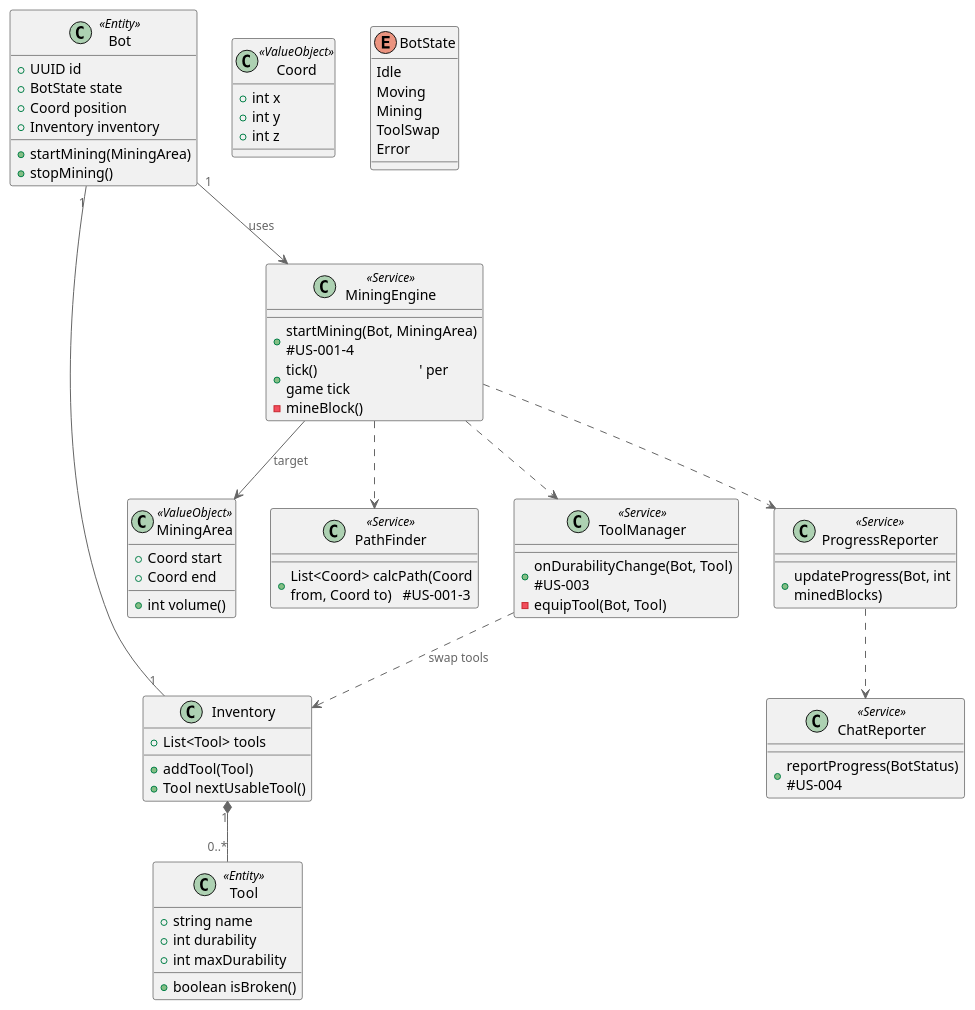
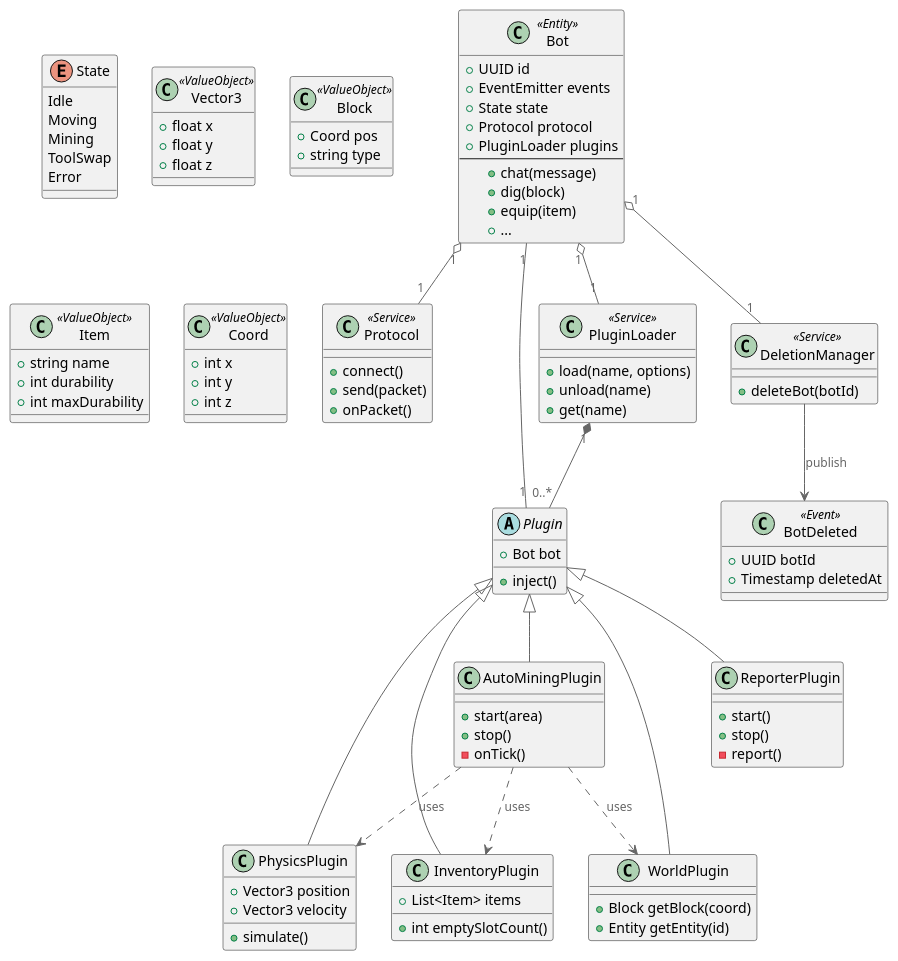
Before and after one commit to u-keiya/Tsuruhashi: the diagram in docs/03_design/diagrams/class/botcore.puml, drawn with PlantUML. The commit also changed 11 other files, not shown here.

```diff
--- a/docs/03_design/diagrams/class/botcore.puml
+++ b/docs/03_design/diagrams/class/botcore.puml
@@ -1,97 +1,137 @@
-@startuml BotCore-Classes
+@startuml BotCore-Classes-Revised
 ' =============================================================
-' Bot Core Domain Class Diagram
+' Bot Core Domain Class Diagram (Plugin Architecture)
 ' USDM: #US-001 #US-002 #US-003 #US-004
 ' =============================================================
 
 !include https://raw.githubusercontent.com/plantuml-stdlib/C4-PlantUML/master/C4_Context.puml
-' ↑ 便宜上 C4 stereotypes を再利用（Entity / ValueObject / Service 等）
 
 '---------------------------
-' Value Objects
+' Core API & Infrastructure
 '---------------------------
-class MiningArea <<ValueObject>> {
-  +Coord start
-  +Coord end
-  +int volume()
+class Bot <<Entity>> {
+  +UUID id
+  +EventEmitter events
+  +State state
+  +Protocol protocol
+  +PluginLoader plugins
+  --
+  +chat(message)
+  +dig(block)
+  +equip(item)
+  +...
+}
+
+class Protocol <<Service>> {
+  +connect()
+  +send(packet)
+  +onPacket()
+}
+
+class PluginLoader <<Service>> {
+  +load(name, options)
+  +unload(name)
+  +get(name)
+}
+
+abstract class Plugin {
+  +Bot bot
+  +inject()
+}
+
+'---------------------------
+' Core Plugins
+'---------------------------
+class PhysicsPlugin extends Plugin {
+  +Vector3 position
+  +Vector3 velocity
+  +simulate()
+}
+
+class WorldPlugin extends Plugin {
+  +Block getBlock(coord)
+  +Entity getEntity(id)
+}
+
+class InventoryPlugin extends Plugin {
+  +List<Item> items
+  +int emptySlotCount()
+}
+
+'---------------------------
+' Behavior Plugins
+'---------------------------
+class AutoMiningPlugin extends Plugin {
+  +start(area)
+  +stop()
+  -onTick()
+}
+
+class ReporterPlugin extends Plugin {
+  +start()
+  +stop()
+  -report()
+}
+
+'---------------------------
+' Enumerations / Value Objects
+'---------------------------
+enum State {
+  Idle
+  Moving
+  Mining
+  ToolSwap
+  Error
+}
+
+class Vector3 <<ValueObject>> {
+  +float x
+  +float y
+  +float z
+}
+
+class Block <<ValueObject>> {
+  +Coord pos
+  +string type
+}
+
+class Item <<ValueObject>> {
+  +string name
+  +int durability
+  +int maxDurability
 }
 
 class Coord <<ValueObject>> {
   +int x
   +int y
   +int z
 }
 
 '---------------------------
-' Entities
+' Associations
 '---------------------------
-class Bot <<Entity>> {
-  +UUID id
-  +BotState state
-  +Coord position
-  +Inventory inventory
-  +startMining(MiningArea)
-  +stopMining()
+Bot "1" o-- "1" Protocol
+Bot "1" o-- "1" PluginLoader
+PluginLoader "1" *-- "0..*" Plugin
+Plugin "1" -- "1" Bot
+
+AutoMiningPlugin ..> WorldPlugin : uses
+AutoMiningPlugin ..> PhysicsPlugin : uses
+AutoMiningPlugin ..> InventoryPlugin : uses
+
+'---------------------------
+' Deletion
+'---------------------------
+class DeletionManager <<Service>> {
+  +deleteBot(botId)
 }
 
-class Tool <<Entity>> {
-  +string name
-  +int durability
-  +int maxDurability
-  +boolean isBroken()
+class BotDeleted <<Event>> {
+  +UUID botId
+  +Timestamp deletedAt
 }
 
-enum BotState {
-  Idle
-  Moving
-  Mining
-  ToolSwap
-  Error
-}
-
-class Inventory {
-  +List<Tool> tools
-  +addTool(Tool)
-  +Tool nextUsableTool()
-}
-
-'---------------------------
-' Domain Services
-'---------------------------
-class MiningEngine <<Service>> {
-  +startMining(Bot, MiningArea)      #US-001-4
-  +tick()                            ' per game tick
-  -mineBlock()
-}
-
-class PathFinder <<Service>> {
-  +List<Coord> calcPath(Coord from, Coord to)   #US-001-3
-}
-
-class ToolManager <<Service>> {
-  +onDurabilityChange(Bot, Tool)     #US-003
-  -equipTool(Bot, Tool)
-}
-
-class ProgressReporter <<Service>> {
-  +updateProgress(Bot, int minedBlocks)
-}
-
-class ChatReporter <<Service>> {
-  +reportProgress(BotStatus)         #US-004
-}
-
-'---------------------------
-' Associations
-'---------------------------
-Bot "1" -- "1" Inventory
-Inventory "1" *-- "0..*" Tool
-Bot "1" --> MiningEngine : uses
-MiningEngine ..> PathFinder
-MiningEngine ..> ToolManager
-MiningEngine ..> ProgressReporter
-ProgressReporter ..> ChatReporter
-ToolManager ..> Inventory : swap tools
-MiningEngine --> MiningArea : target
+Bot "1" o-- "1" DeletionManager
+DeletionManager --> BotDeleted : publish
 
 @enduml
```
